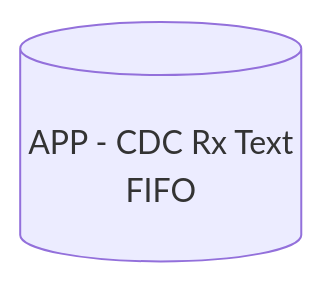
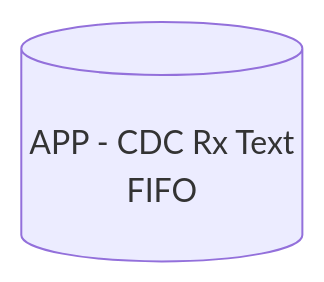
Before and after one commit to Nakakiyo092/usb2canfdv1: the first of 8 diagrams in doc/7.-Buffer-Strategy.md, drawn with Mermaid. The commit also changed other lines of this file, not shown here.

````diff
--- a/doc/7.-Buffer-Strategy.md
+++ b/doc/7.-Buffer-Strategy.md
@@ -10,5 +17,5 @@
 ```mermaid
 block
-  columns 5
-  space  space  RX[("<br>APP - CDC Rx Text<br>FIFO")]  space  space
+  columns 7
+  space  space  space  RX[("<br>APP - CDC Rx Text<br>FIFO")]  space  space  space
 ```
````
